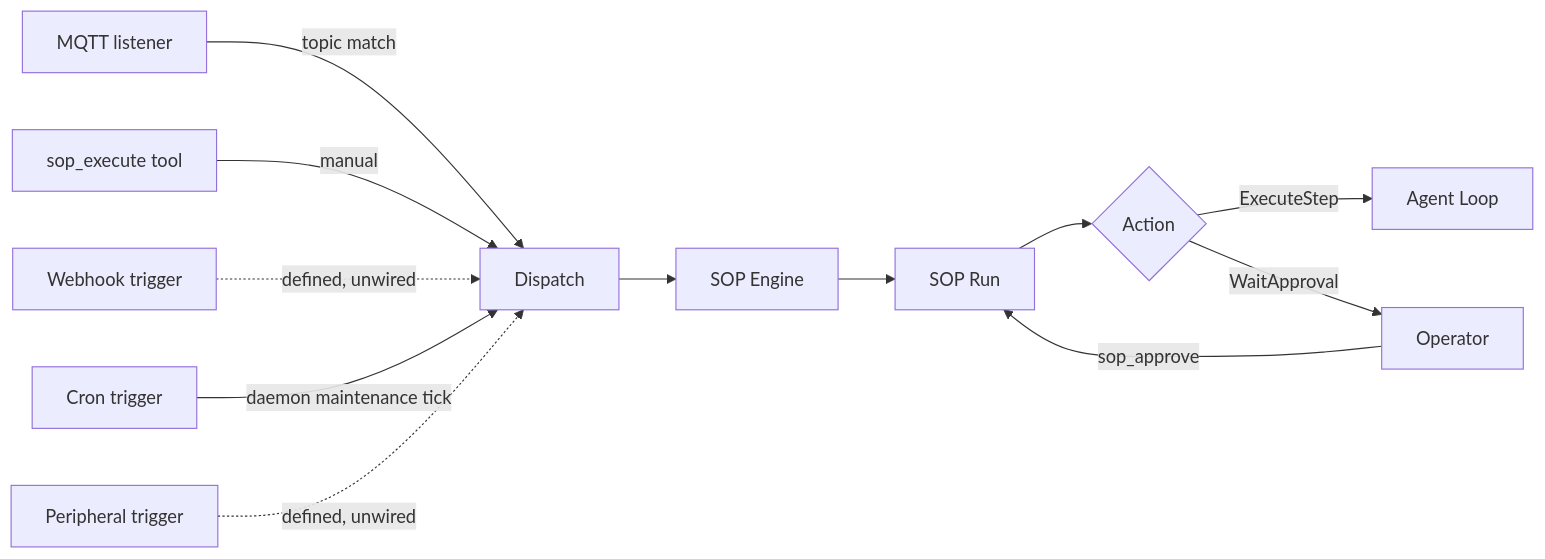
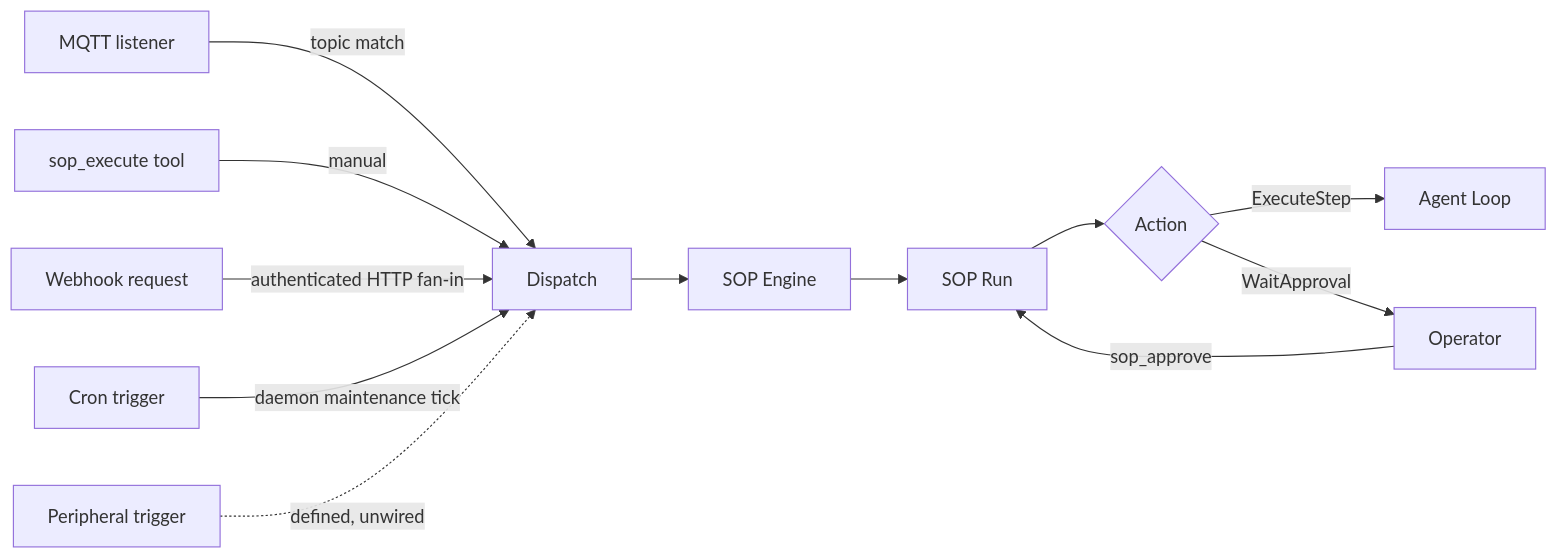
One commit to 77382104/zeroclaw changed the diagram in docs/book/src/sop/how-it-works.md. Above: the diagram before and after it, drawn with Mermaid. The commit also changed other lines of this file and 16 other files, not shown here.

````diff
--- a/docs/book/src/sop/how-it-works.md
+++ b/docs/book/src/sop/how-it-works.md
@@ -16,15 +16,15 @@
 ```mermaid
 graph LR
     MQTT[MQTT listener] -->|topic match| Dispatch
     TOOL[sop_execute tool] -->|manual| Dispatch
-    WH[Webhook trigger] -.->|defined, unwired| Dispatch
+    WH[Webhook request] -->|authenticated HTTP fan-in| Dispatch
     CRON[Cron trigger] -->|daemon maintenance tick| Dispatch
     GPIO[Peripheral trigger] -.->|defined, unwired| Dispatch
 
     Dispatch --> Engine[SOP Engine]
     Engine --> Run[SOP Run]
     Run --> Action{Action}
     Action -->|ExecuteStep| Agent[Agent Loop]
     Action -->|WaitApproval| Human[Operator]
     Human -->|sop_approve| Run
 ```
````
